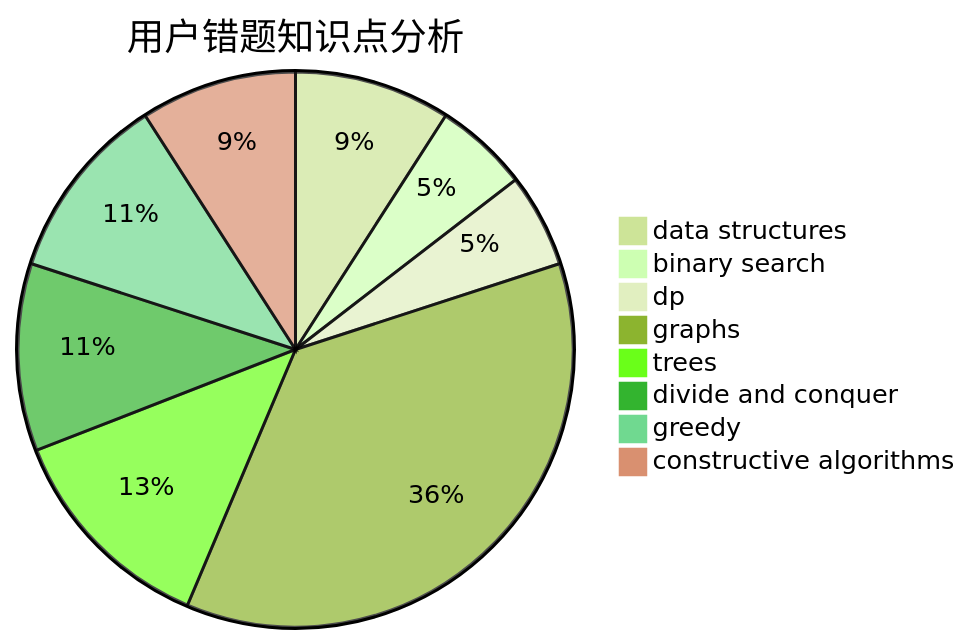
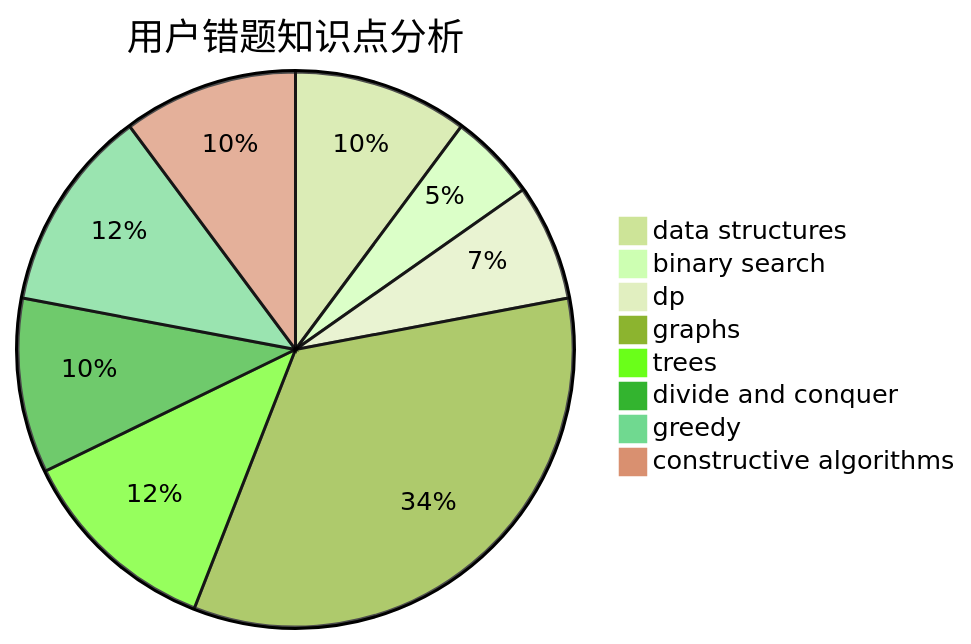
The third of 3 diagrams in docs/user/u1102.md (sherpahu/cfrs.github.io), drawn with Mermaid (forest theme) before and after one commit. The commit also changed other lines of this file and 2770 other files, not shown here.

````diff
--- a/docs/user/u1102.md
+++ b/docs/user/u1102.md
@@ -36,11 +36,11 @@
 ```mermaid
 pie title 用户错题知识点分析
-    "data structures" :  5
+    "data structures" :  6
     "binary search" :  3
-    "dp" :  3
+    "dp" :  4
     "graphs" :  20
     "trees" :  7
     "divide and conquer" :  6
-    "greedy" :  6
-    "constructive algorithms" :  5
+    "greedy" :  7
+    "constructive algorithms" :  6
 ```
````
